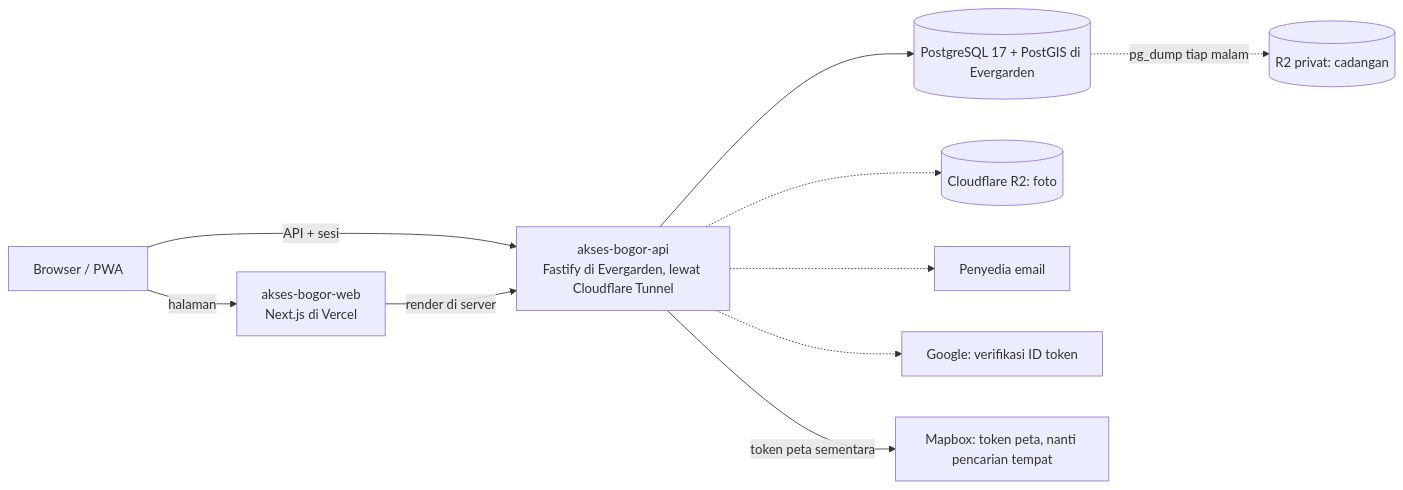
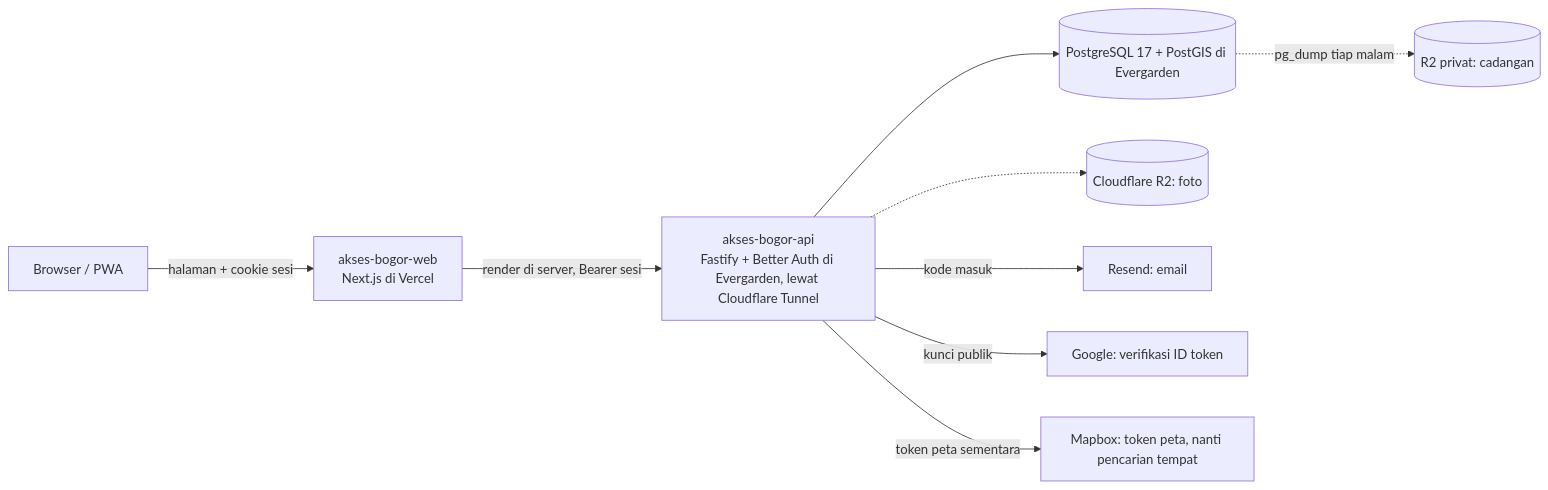
Before and after one commit to al-dioooo/akses-bogor-api: the first of 3 diagrams in docs/arsitektur.md, drawn with Mermaid. The commit also changed other lines of this file and 7 other files, not shown here.

First line of the commit message:
feat(auth): sign in with an email code or google, log out, and read the account (#20) (#22)

````diff
--- a/docs/arsitektur.md
+++ b/docs/arsitektur.md
@@ -5,12 +5,11 @@
 ```mermaid
 flowchart LR
-  B[Browser / PWA] -->|halaman| W[akses-bogor-web<br/>Next.js di Vercel]
-  B -->|API + sesi| F[akses-bogor-api<br/>Fastify di Evergarden, lewat Cloudflare Tunnel]
-  W -->|render di server| F
+  B[Browser / PWA] -->|halaman + cookie sesi| W[akses-bogor-web<br/>Next.js di Vercel]
+  W -->|render di server, Bearer sesi| F[akses-bogor-api<br/>Fastify + Better Auth di Evergarden, lewat Cloudflare Tunnel]
   F --> DB[(PostgreSQL 17 + PostGIS di Evergarden)]
   DB -.->|pg_dump tiap malam| BK[(R2 privat: cadangan)]
   F -.-> R2[(Cloudflare R2: foto)]
-  F -.-> E[Penyedia email]
-  F -.-> G[Google: verifikasi ID token]
+  F -->|kode masuk| E[Resend: email]
+  F -->|kunci publik| G[Google: verifikasi ID token]
   F -->|token peta sementara| M[Mapbox: token peta, nanti pencarian tempat]
 ```
````
